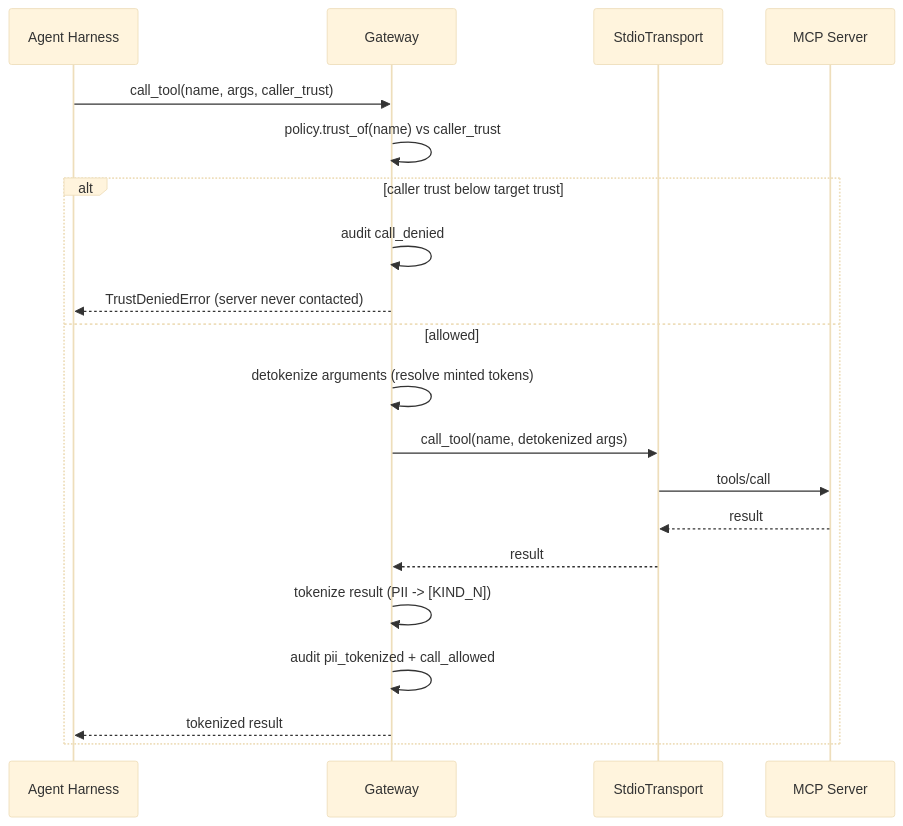
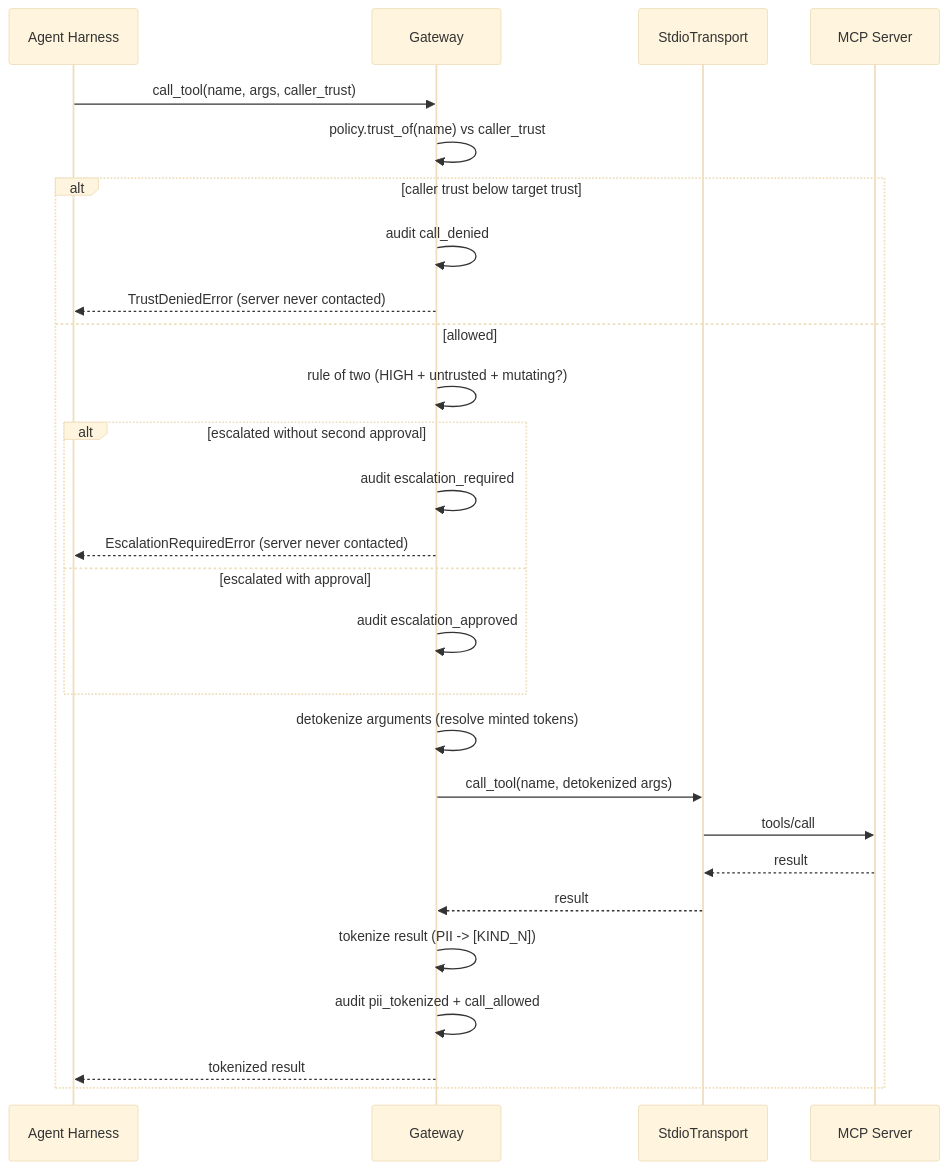
The sixth of 8 diagrams in docs/ARCHITECTURE.md (Zion-sewers/rat), drawn with Mermaid (base theme) before and after one commit. The commit also changed other lines of this file and 11 other files, not shown here.

First line of the commit message:
feat(escalation): rule-of-two escalation + PII scrub before any output (rat #69)

````diff
--- a/docs/ARCHITECTURE.md
+++ b/docs/ARCHITECTURE.md
@@ -318,23 +374,30 @@
 ```mermaid
 sequenceDiagram
     participant H as Agent Harness
     participant G as Gateway
     participant T as StdioTransport
     participant S as MCP Server
 
     H->>G: call_tool(name, args, caller_trust)
     G->>G: policy.trust_of(name) vs caller_trust
     alt caller trust below target trust
         G->>G: audit call_denied
         G-->>H: TrustDeniedError (server never contacted)
     else allowed
+        G->>G: rule of two (HIGH + untrusted + mutating?)
+        alt escalated without second approval
+            G->>G: audit escalation_required
+            G-->>H: EscalationRequiredError (server never contacted)
+        else escalated with approval
+            G->>G: audit escalation_approved
+        end
         G->>G: detokenize arguments (resolve minted tokens)
         G->>T: call_tool(name, detokenized args)
         T->>S: tools/call
         S-->>T: result
         T-->>G: result
         G->>G: tokenize result (PII -> [KIND_N])
         G->>G: audit pii_tokenized + call_allowed
         G-->>H: tokenized result
     end
 ```
````
